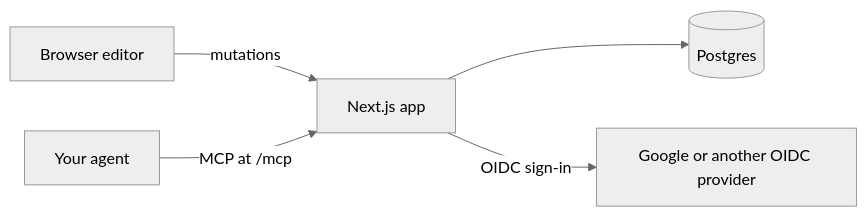
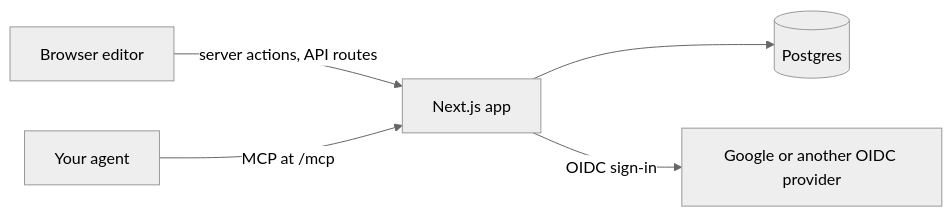
One commit to zyx1121/slide changed the diagram in README.md. Above: the diagram before and after it, drawn with Mermaid (neutral theme). The commit also changed other lines of this file and 5 other files, not shown here.

````diff
--- a/README.md
+++ b/README.md
@@ -81,7 +84,7 @@
 ```mermaid
 flowchart LR
-  E[Browser editor] -->|mutations| A[Next.js app]
+  E[Browser editor] -->|server actions, API routes| A[Next.js app]
   G[Your agent] -->|MCP at /mcp| A
   A --> D[(Postgres)]
   A -->|OIDC sign-in| O[Google or another OIDC provider]
 ```
````
